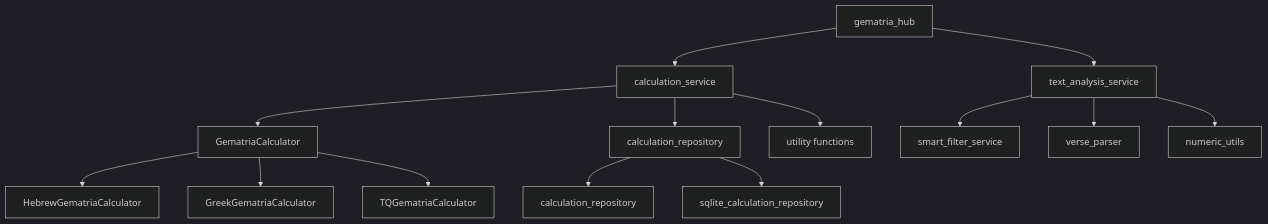
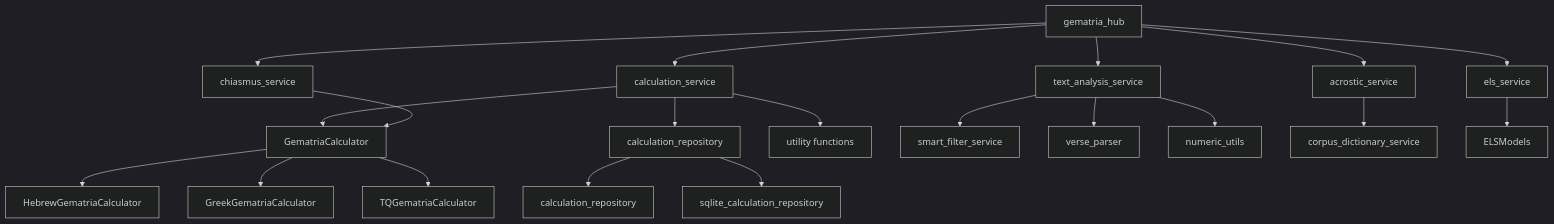
The eighth of 8 diagrams in .qoder/repowiki/en/content/Architecture Overview/Pillar-Based Architecture/Gematria Pillar/Gematria Pillar.md (TheDaniel166/IsopGem), drawn with Mermaid (dark theme) before and after one commit. The commit also changed other lines of this file and 29 other files, not shown here.

````diff
--- a/.qoder/repowiki/en/content/Architecture Overview/Pillar-Based Architecture/Gematria Pillar/Gematria Pillar.md
+++ b/.qoder/repowiki/en/content/Architecture Overview/Pillar-Based Architecture/Gematria Pillar/Gematria Pillar.md
@@ -416,16 +609,22 @@
 ```mermaid
 graph TD
 UI[gematria_hub] --> Service[calculation_service]
 Service --> Calculator[GematriaCalculator]
 Service --> Repository[calculation_repository]
 Service --> Utils[utility functions]
 Calculator --> Hebrew[HebrewGematriaCalculator]
 Calculator --> Greek[GreekGematriaCalculator]
 Calculator --> TQ[TQGematriaCalculator]
 Repository --> Whoosh[calculation_repository]
 Repository --> SQLite[sqlite_calculation_repository]
 UI --> TextAnalysis[text_analysis_service]
 TextAnalysis --> SmartFilter[smart_filter_service]
 TextAnalysis --> VerseParser[verse_parser]
 TextAnalysis --> NumericUtils[numeric_utils]
+UI --> Acrostics[acrostic_service]
+UI --> Chiasmus[chiasmus_service]
+UI --> ELS[els_service]
+Acrostics --> Dictionary[corpus_dictionary_service]
+Chiasmus --> Calculator
+ELS --> ELSModels
 ```
````
